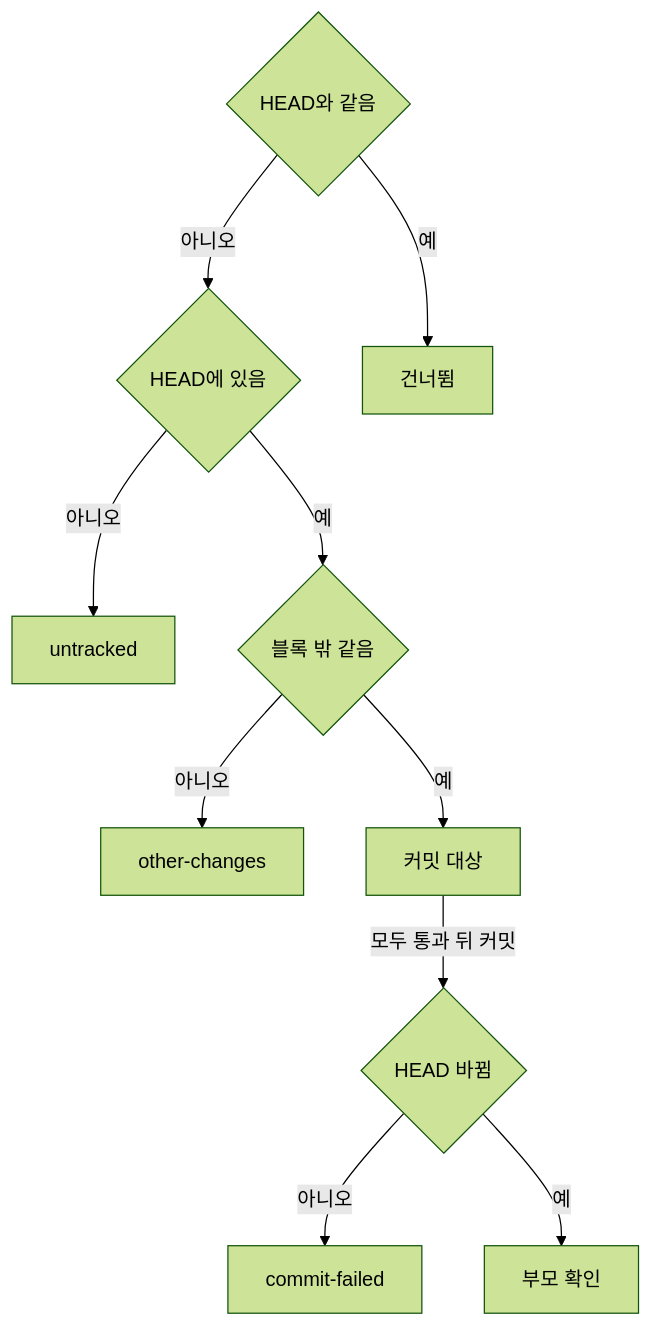
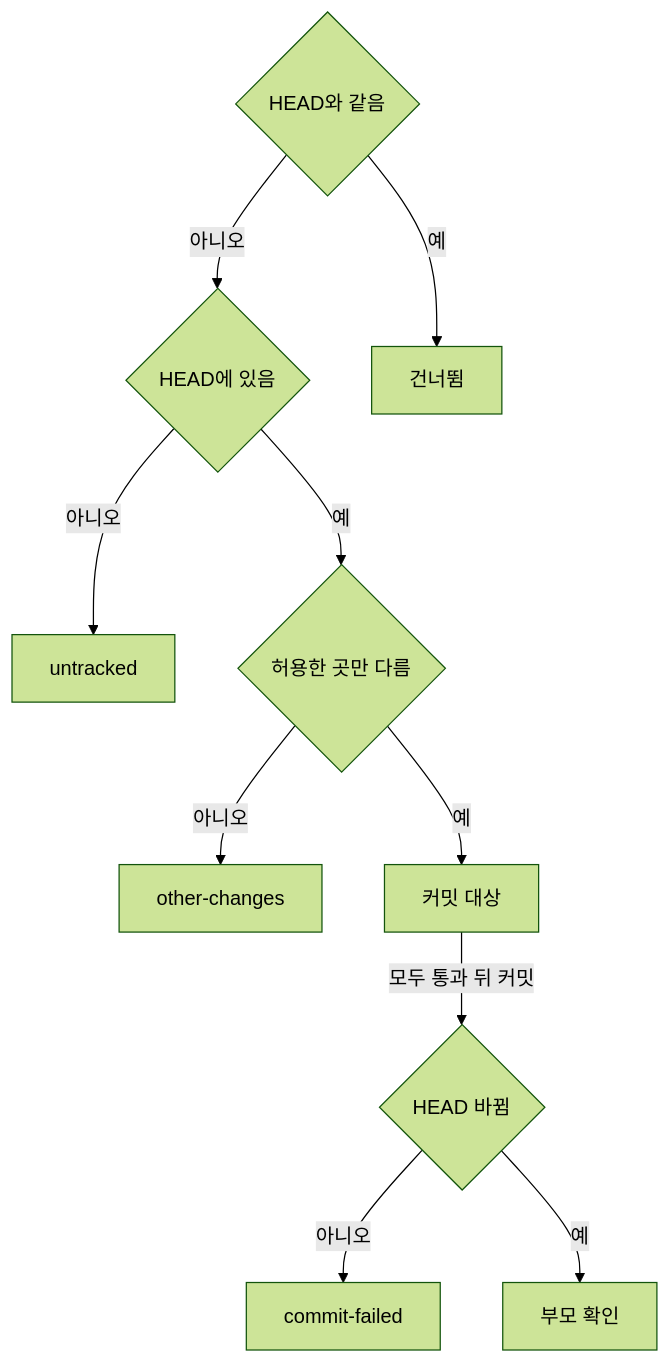
Before and after one commit to dev-goraebap/gitifact: the second of 2 diagrams in .gitifact/spec/updates/design/interface.md, drawn with Mermaid (forest theme). The commit also changed other lines of this file and 56 other files, not shown here.

````diff
--- a/.gitifact/spec/updates/design/interface.md
+++ b/.gitifact/spec/updates/design/interface.md
@@ -107,12 +132,12 @@
 ```mermaid
 flowchart TD
   S{HEAD와 같음} -->|아니오| T{HEAD에 있음}
   S -->|예| N[건너뜀]
   T -->|아니오| U[untracked]
-  T -->|예| O{블록 밖 같음}
+  T -->|예| O{허용한 곳만 다름}
   O -->|아니오| X[other-changes]
   O -->|예| C[커밋 대상]
   C -->|모두 통과 뒤 커밋| H{HEAD 바뀜}
   H -->|아니오| E[commit-failed]
   H -->|예| P[부모 확인]
 ```
````
